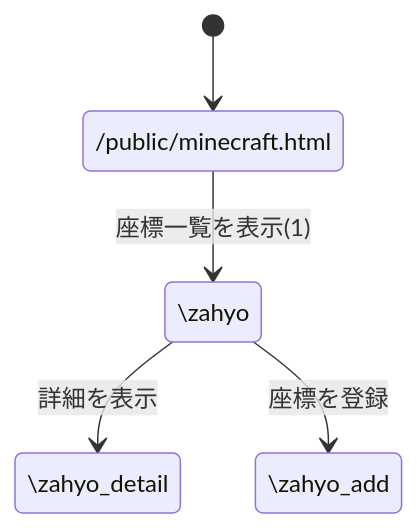
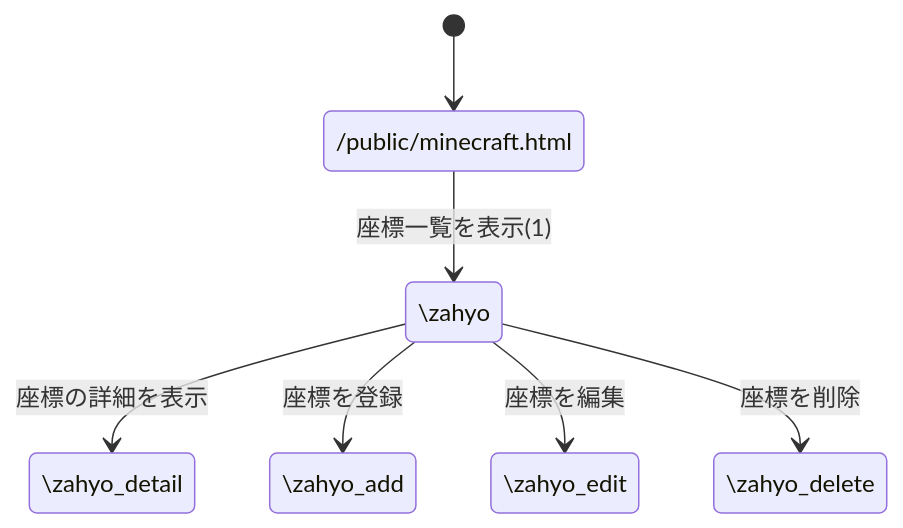
Before and after one commit to Riarumogura/webpro_06: the first of 3 diagrams in report.md, drawn with Mermaid. The commit also changed other lines of this file and 5 other files, not shown here.

````diff
--- a/report.md
+++ b/report.md
@@ -5,10 +5,14 @@
 ```mermaid
 stateDiagram-v2
 [*] --> /public/minecraft.html
 
 /public/minecraft.html --> \zahyo: 座標一覧を表示(1)
 
-\zahyo --> \zahyo_detail: 詳細を表示
+\zahyo --> \zahyo_detail: 座標の詳細を表示
 
 \zahyo --> \zahyo_add: 座標を登録
+
+\zahyo --> \zahyo_edit: 座標を編集
+
+\zahyo --> \zahyo_delete: 座標を削除　
 ```
````
